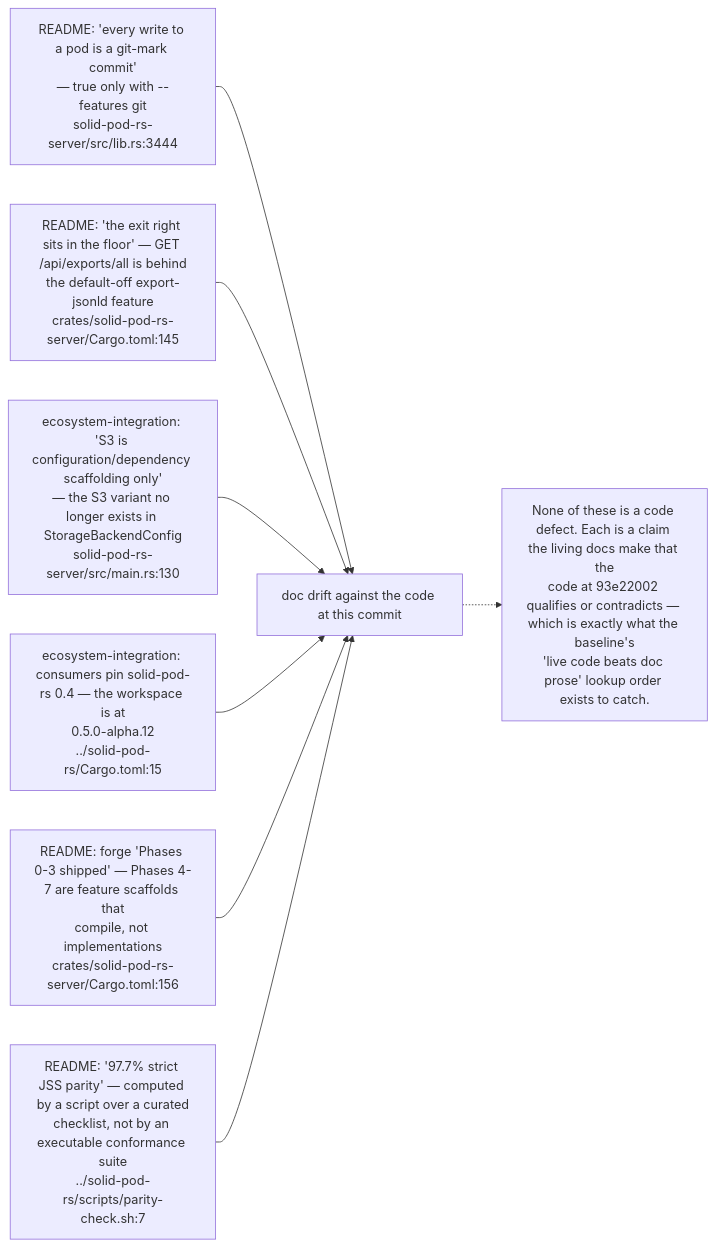
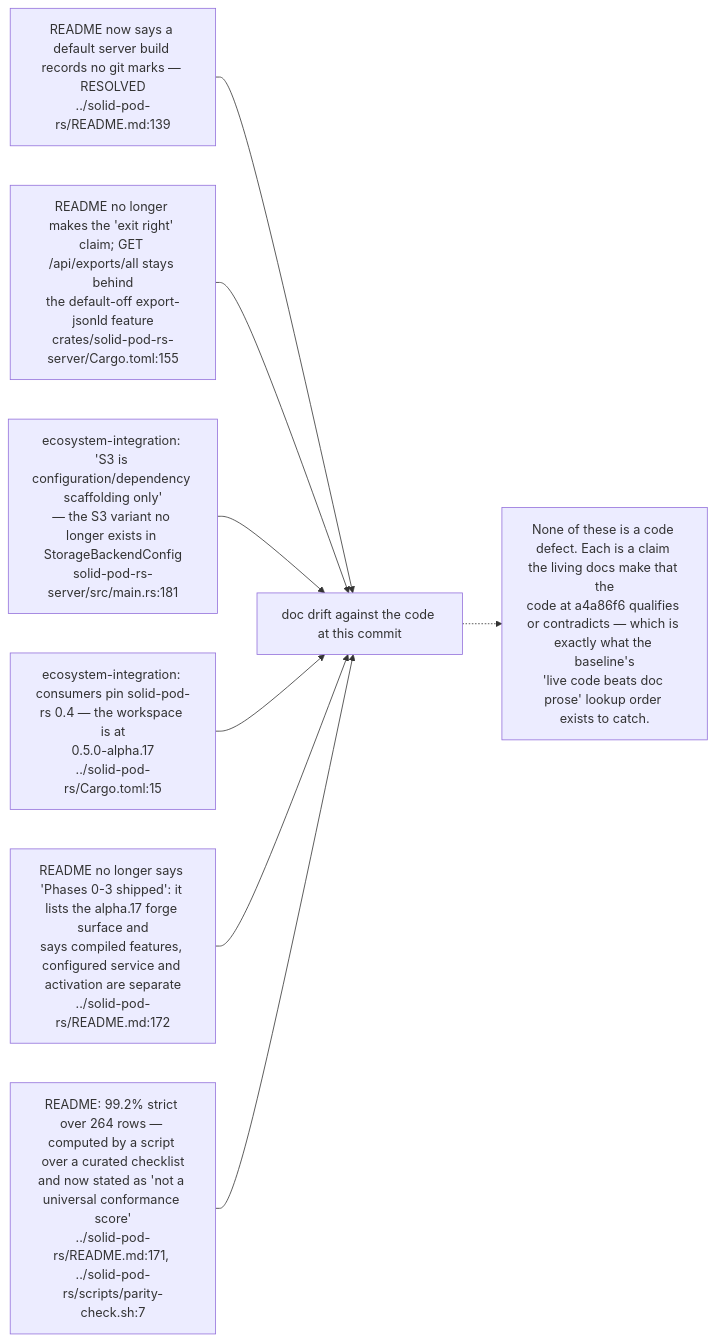
One commit to DreamLab-AI/VisionFlow changed the seventh of 12 diagrams in docs/diagrams/solid-pod-rs/10-failure-modes-and-invariants.md. Above: the diagram before and after it, drawn with Mermaid. The commit also changed other lines of this file and 160 other files, not shown here.

````diff
--- a/docs/diagrams/solid-pod-rs/10-failure-modes-and-invariants.md
+++ b/docs/diagrams/solid-pod-rs/10-failure-modes-and-invariants.md
@@ -200,19 +205,19 @@
 ```mermaid
 flowchart LR
-    R1["README: 'every write to a pod is a git-mark commit'<br/>— true only with --features git<br/>solid-pod-rs-server/src/lib.rs:3444"]
-    R2["README: 'the exit right sits in the floor' — GET /api/exports/all is behind<br/>the default-off export-jsonld feature<br/>crates/solid-pod-rs-server/Cargo.toml:145"]
-    R3["ecosystem-integration: 'S3 is configuration/dependency scaffolding only'<br/>— the S3 variant no longer exists in StorageBackendConfig<br/>solid-pod-rs-server/src/main.rs:130"]
-    R4["ecosystem-integration: consumers pin solid-pod-rs 0.4 — the workspace is at<br/>0.5.0-alpha.12<br/>../solid-pod-rs/Cargo.toml:15"]
-    R5["README: forge 'Phases 0-3 shipped' — Phases 4-7 are feature scaffolds that<br/>compile, not implementations<br/>crates/solid-pod-rs-server/Cargo.toml:156"]
-    R6["README: '97.7% strict JSS parity' — computed by a script over a curated<br/>checklist, not by an executable conformance suite<br/>../solid-pod-rs/scripts/parity-check.sh:7"]
+    R1["README now says a default server build records no git marks — RESOLVED<br/>../solid-pod-rs/README.md:139"]
+    R2["README no longer makes the 'exit right' claim; GET /api/exports/all stays behind<br/>the default-off export-jsonld feature<br/>crates/solid-pod-rs-server/Cargo.toml:155"]
+    R3["ecosystem-integration: 'S3 is configuration/dependency scaffolding only'<br/>— the S3 variant no longer exists in StorageBackendConfig<br/>solid-pod-rs-server/src/main.rs:181"]
+    R4["ecosystem-integration: consumers pin solid-pod-rs 0.4 — the workspace is at<br/>0.5.0-alpha.17<br/>../solid-pod-rs/Cargo.toml:15"]
+    R5["README no longer says 'Phases 0-3 shipped': it lists the alpha.17 forge surface and<br/>says compiled features, configured service and activation are separate<br/>../solid-pod-rs/README.md:172"]
+    R6["README: 99.2% strict over 264 rows — computed by a script over a curated checklist<br/>and now stated as 'not a universal conformance score'<br/>../solid-pod-rs/README.md:171, ../solid-pod-rs/scripts/parity-check.sh:7"]
 
     R1 --> REG["doc drift against the code at this commit"]
     R2 --> REG
     R3 --> REG
     R4 --> REG
     R5 --> REG
     R6 --> REG
 
-    N["None of these is a code defect. Each is a claim the living docs make that the<br/>code at 93e22002 qualifies or contradicts — which is exactly what the baseline's<br/>'live code beats doc prose' lookup order exists to catch."]
+    N["None of these is a code defect. Each is a claim the living docs make that the<br/>code at a4a86f6 qualifies or contradicts — which is exactly what the baseline's<br/>'live code beats doc prose' lookup order exists to catch."]
     REG -.-> N
 ```
````
